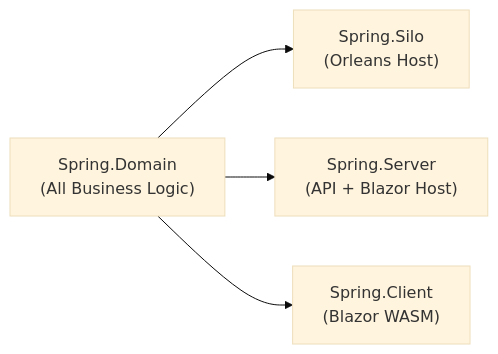
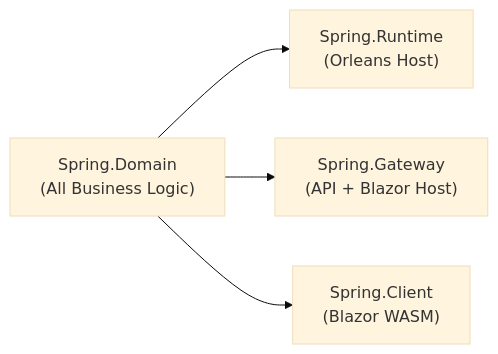
One commit to Gibbs-Morris/mississippi changed the diagram in docs/Docusaurus/docs/spring-sample/index.md. Above: the diagram before and after it, drawn with Mermaid (base theme). The commit also changed other lines of this file and 50 other files, not shown here.

Commit message:
Align samples naming to gateway/runtime and fix projection namespace generation

````diff
--- a/docs/Docusaurus/docs/spring-sample/index.md
+++ b/docs/Docusaurus/docs/spring-sample/index.md
@@ -19,6 +19,6 @@
 ```mermaid
 flowchart LR
-    Domain["Spring.Domain\n(All Business Logic)"] --> Silo["Spring.Silo\n(Orleans Host)"]
-    Domain --> Server["Spring.Server\n(API + Blazor Host)"]
+    Domain["Spring.Domain\n(All Business Logic)"] --> Silo["Spring.Runtime\n(Orleans Host)"]
+    Domain --> Server["Spring.Gateway\n(API + Blazor Host)"]
     Domain --> Client["Spring.Client\n(Blazor WASM)"]
 ```
````
